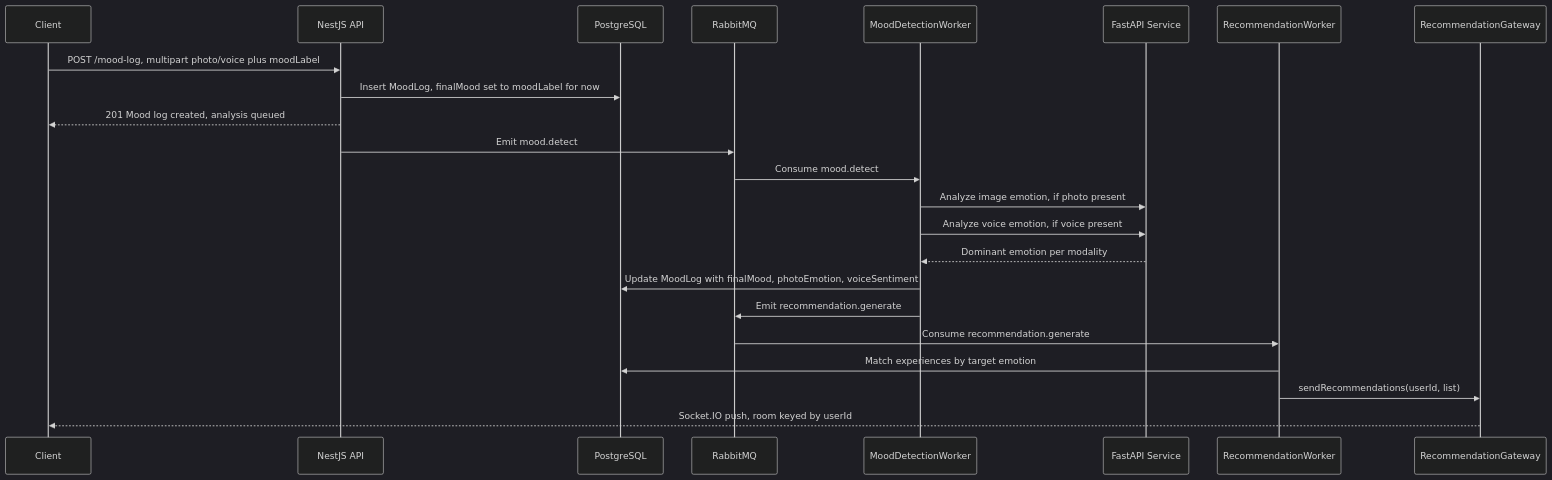
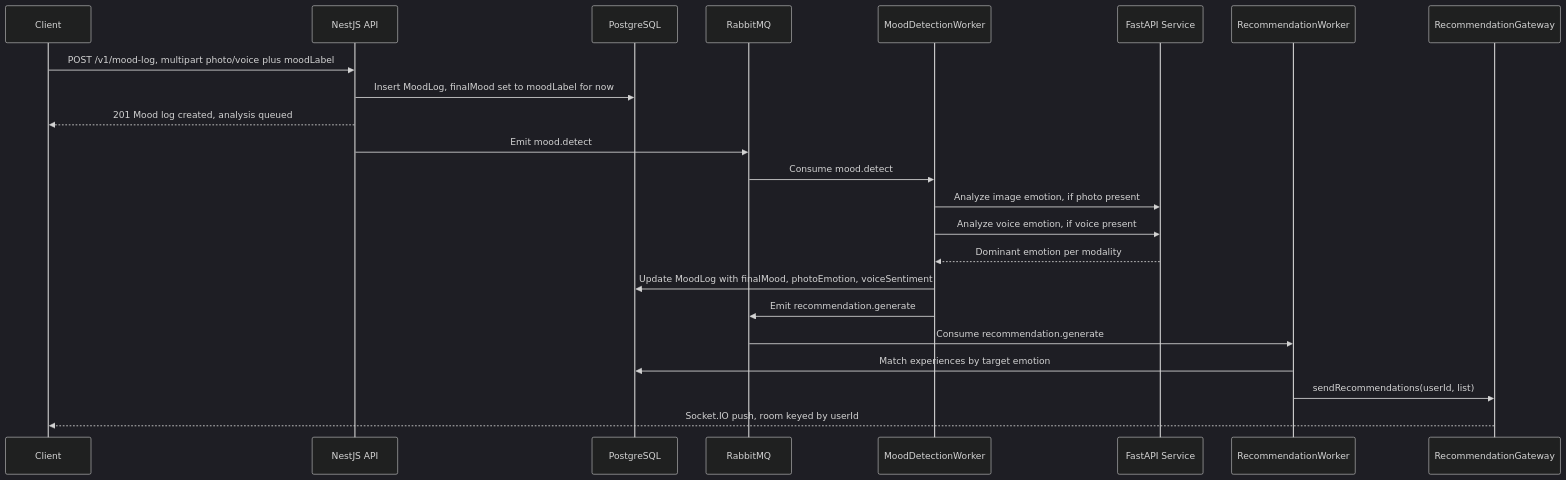
One commit to M-Talha-Atif/moodly-api changed the third of 3 diagrams in README.md. Above: the diagram before and after it, drawn with Mermaid (dark theme). The commit also changed other lines of this file and 20 other files, not shown here.

````diff
--- a/README.md
+++ b/README.md
@@ -360,28 +377,28 @@
 ```mermaid
 sequenceDiagram
     participant C as Client
     participant API as NestJS API
     participant DB as PostgreSQL
     participant Q as RabbitMQ
     participant W1 as MoodDetectionWorker
     participant FA as FastAPI Service
     participant W2 as RecommendationWorker
     participant WS as RecommendationGateway
 
-    C->>API: POST /mood-log, multipart photo/voice plus moodLabel
+    C->>API: POST /v1/mood-log, multipart photo/voice plus moodLabel
     API->>DB: Insert MoodLog, finalMood set to moodLabel for now
     API-->>C: 201 Mood log created, analysis queued
     API->>Q: Emit mood.detect
 
     Q->>W1: Consume mood.detect
     W1->>FA: Analyze image emotion, if photo present
     W1->>FA: Analyze voice emotion, if voice present
     FA-->>W1: Dominant emotion per modality
     W1->>DB: Update MoodLog with finalMood, photoEmotion, voiceSentiment
     W1->>Q: Emit recommendation.generate
 
     Q->>W2: Consume recommendation.generate
     W2->>DB: Match experiences by target emotion
     W2->>WS: sendRecommendations(userId, list)
     WS-->>C: Socket.IO push, room keyed by userId
 ```
````
